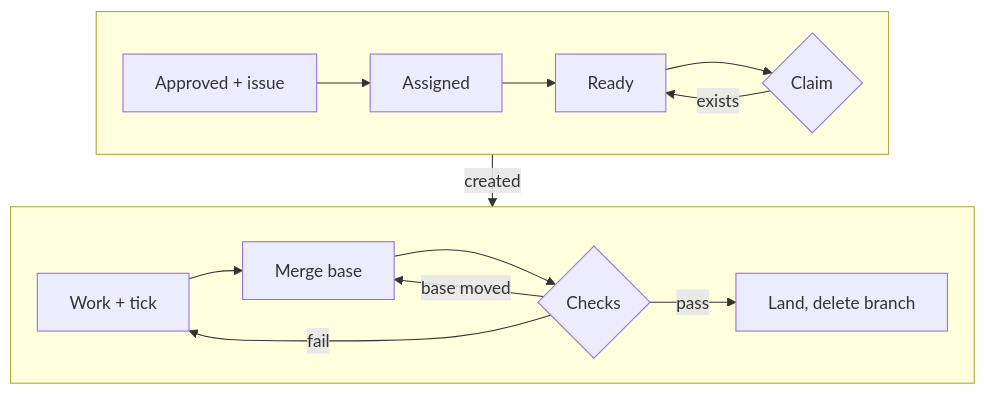
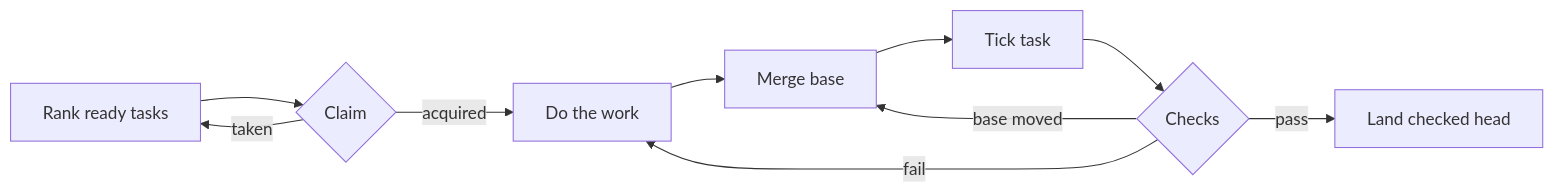
The first of 2 diagrams in docs/github-workflow.md (mtdowling/avoozl), drawn with Mermaid before and after one commit. The commit also changed other lines of this file and 5 other files, not shown here.

````diff
--- a/docs/github-workflow.md
+++ b/docs/github-workflow.md
@@ -33,16 +29,10 @@
 ```mermaid
-%%{init: {"flowchart": {"nodeSpacing": 20, "rankSpacing": 25}}}%%
-flowchart TB
-  subgraph pick [" "]
-    direction LR
-    approve[Approved + issue] --> assign[Assigned] --> ready[Ready] --> claim{Claim}
-  end
-  subgraph run [" "]
-    direction LR
-    work[Work + tick] --> merge[Merge base] --> checks{Checks} -- pass --> land[Land, delete branch]
-  end
-  claim -- exists --> ready
-  pick -- created --> run
+flowchart LR
+  ready[Rank ready tasks] --> claim{Claim}
+  claim -- taken --> ready
+  claim -- acquired --> work[Do the work]
+  work --> sync[Merge base] --> tick[Tick task] --> checks{Checks}
   checks -- fail --> work
-  checks -- base moved --> merge
+  checks -- base moved --> sync
+  checks -- pass --> land[Land checked head]
 ```
````
